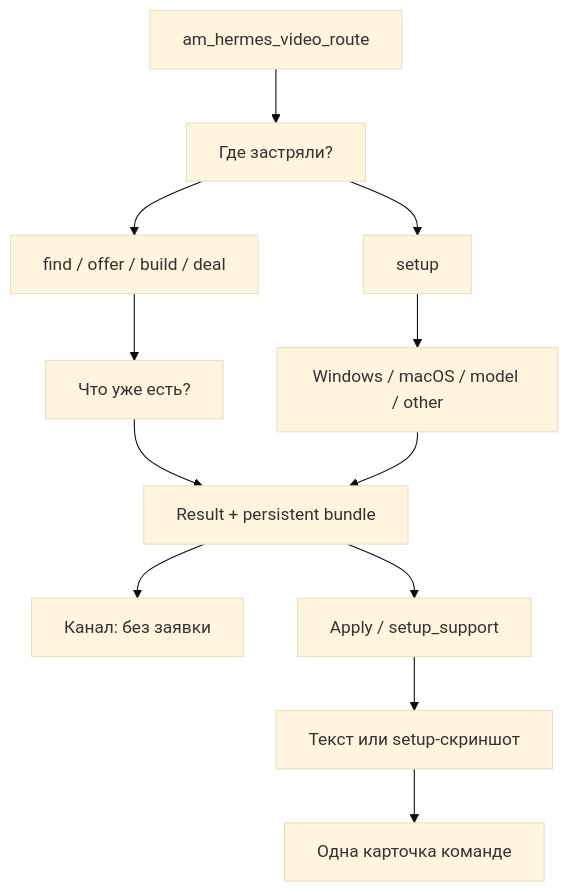
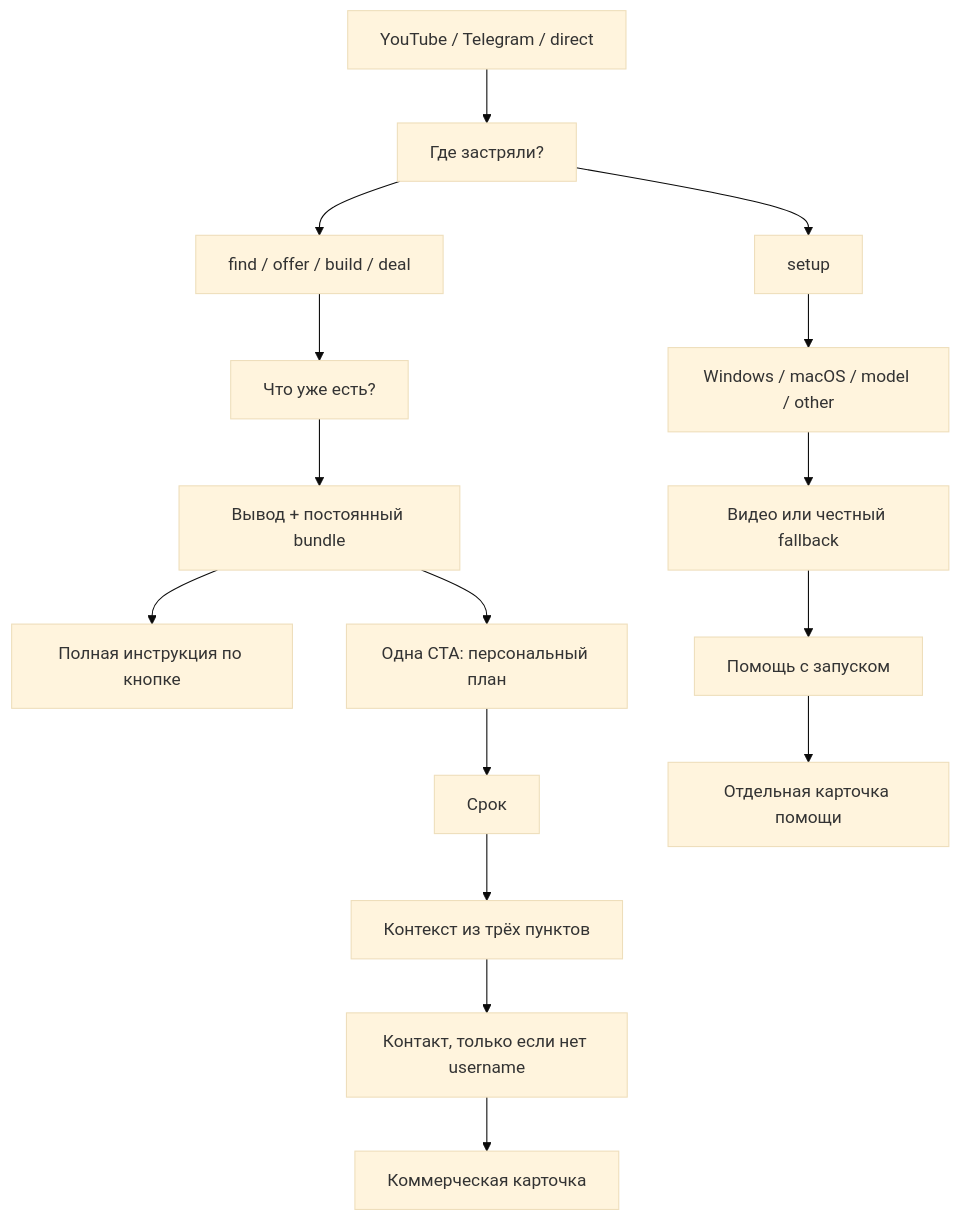
The second of 4 diagrams in vc_funnel_bot/ARCHITECTURE.md (0xAtsco/landing_rko), drawn with Mermaid (base theme) before and after one commit. The commit also changed other lines of this file and 20 other files, not shown here.

Commit message:
feat(vc-funnel): simplify Hermes sales handoff

````diff
--- a/vc_funnel_bot/ARCHITECTURE.md
+++ b/vc_funnel_bot/ARCHITECTURE.md
@@ -235,14 +229,18 @@
 ```mermaid
 flowchart TD
-    Start["am_hermes_video_route"] --> Q1["Где застряли?"]
+    Start["YouTube / Telegram / direct"] --> Q1["Где застряли?"]
     Q1 --> Business["find / offer / build / deal"]
     Q1 --> Setup["setup"]
     Business --> Q2A["Что уже есть?"]
     Setup --> Q2B["Windows / macOS / model / other"]
-    Q2A --> Result["Result + persistent bundle"]
-    Q2B --> Result
-    Result --> Channel["Канал: без заявки"]
-    Result --> Apply["Apply / setup_support"]
-    Apply --> Context["Текст или setup-скриншот"]
-    Context --> Team["Одна карточка команде"]
+    Q2A --> Result["Вывод + постоянный bundle"]
+    Q2B --> SetupResult["Видео или честный fallback"]
+    Result --> Playbook["Полная инструкция по кнопке"]
+    Result --> Plan["Одна CTA: персональный план"]
+    Plan --> Urgency["Срок"]
+    Urgency --> Context["Контекст из трёх пунктов"]
+    Context --> Contact["Контакт, только если нет username"]
+    Contact --> Sales["Коммерческая карточка"]
+    SetupResult --> Help["Помощь с запуском"]
+    Help --> Support["Отдельная карточка помощи"]
 ```
````
